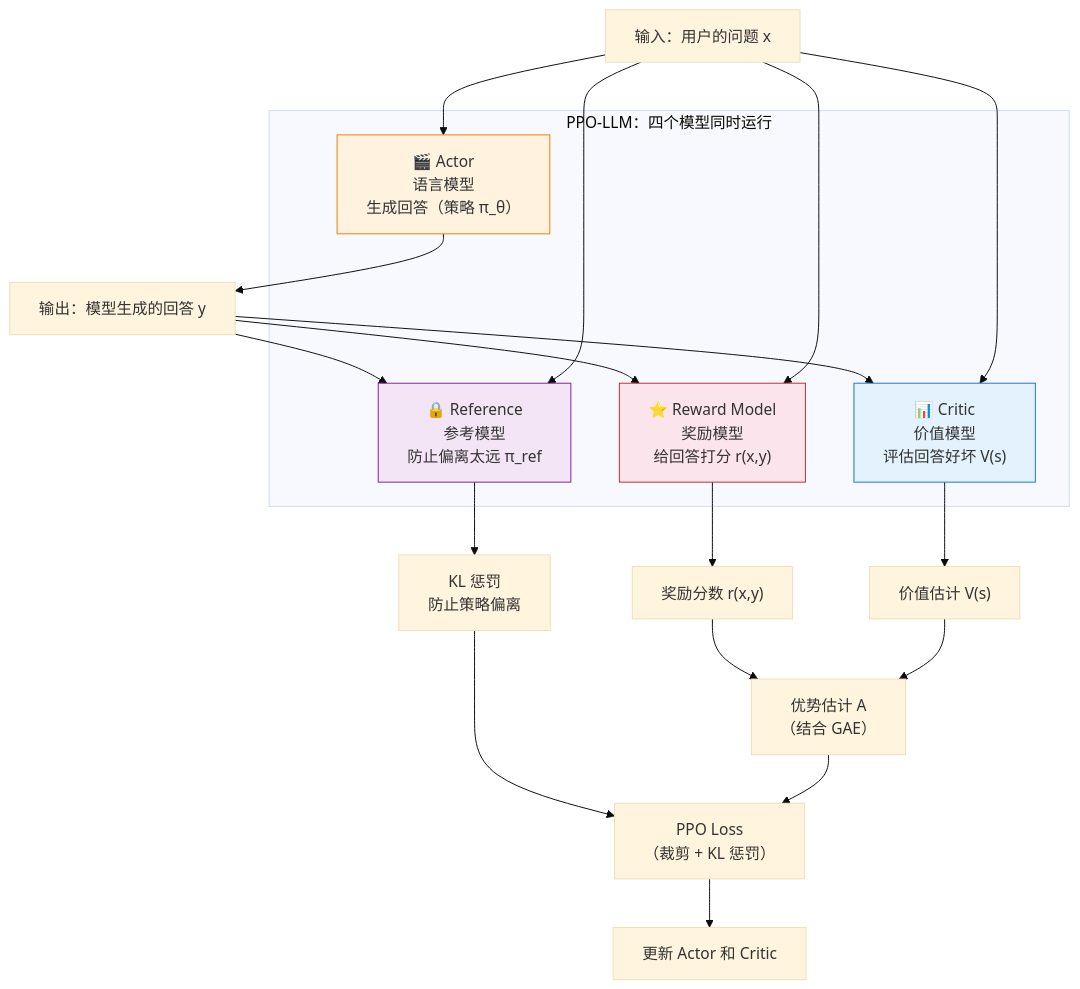
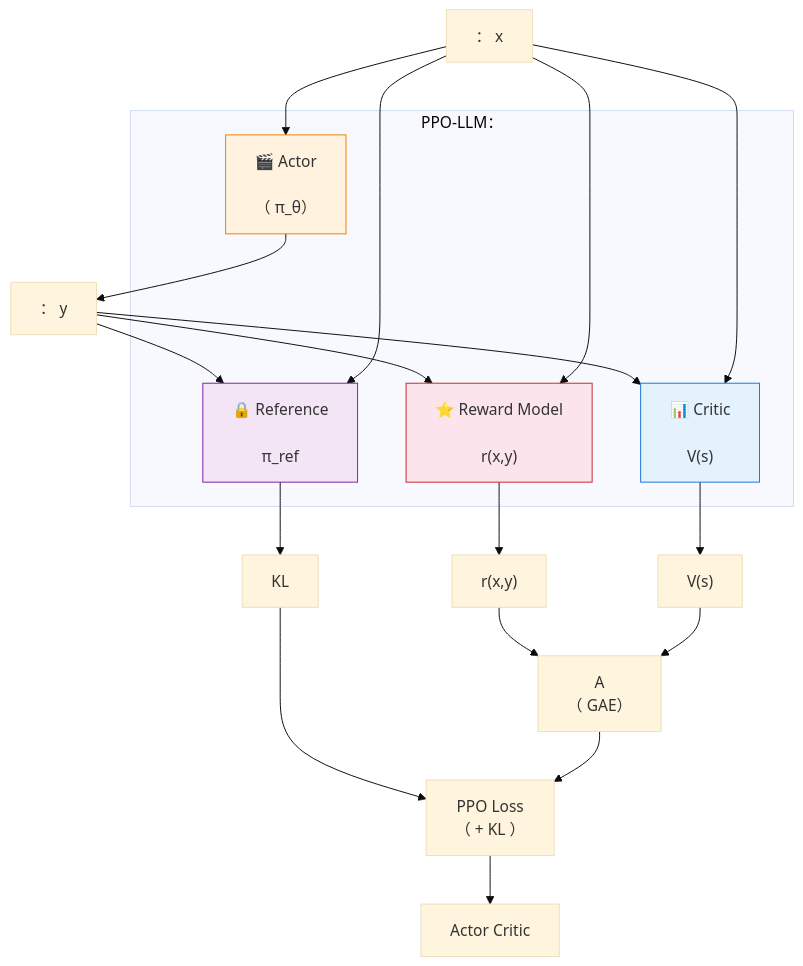
The diagram in docs/chapter07_ppo/gae-reward-model.md (letslego/hands-on-modern-rl), drawn with Mermaid (base theme) before and after one commit. The commit also changed other lines of this file and 267 other files, not shown here.

````diff
--- a/docs/chapter07_ppo/gae-reward-model.md
+++ b/docs/chapter07_ppo/gae-reward-model.md
@@ -353,34 +353,34 @@
 ```mermaid
 flowchart TD
-    subgraph models ["PPO-LLM：四个模型同时运行"]
-        Actor["🎬 Actor\n语言模型\n生成回答（策略 π_θ）"]
-        Critic["📊 Critic\n价值模型\n评估回答好坏 V(s)"]
-        Ref["🔒 Reference\n参考模型\n防止偏离太远 π_ref"]
-        RM["⭐ Reward Model\n奖励模型\n给回答打分 r(x,y)"]
+    subgraph models ["PPO-LLM："]
+        Actor["🎬 Actor\n\n（ π_θ）"]
+        Critic["📊 Critic\n\n V(s)"]
+        Ref["🔒 Reference\n\n π_ref"]
+        RM["⭐ Reward Model\n\n r(x,y)"]
     end
 
-    Prompt["输入：用户的问题 x"] --> Actor
-    Actor --> Response["输出：模型生成的回答 y"]
+    Prompt["： x"] --> Actor
+    Actor --> Response["： y"]
     Response --> RM
     Response --> Critic
     Response --> Ref
     Prompt --> RM
     Prompt --> Critic
     Prompt --> Ref
 
-    RM --> Reward["奖励分数 r(x,y)"]
-    Critic --> Value["价值估计 V(s)"]
-    Ref --> KL["KL 惩罚\n防止策略偏离"]
+    RM --> Reward[" r(x,y)"]
+    Critic --> Value[" V(s)"]
+    Ref --> KL["KL \n"]
 
-    Reward --> Advantage["优势估计 A\n（结合 GAE）"]
+    Reward --> Advantage[" A\n（ GAE）"]
     Value --> Advantage
-    KL --> PPO_Loss["PPO Loss\n（裁剪 + KL 惩罚）"]
+    KL --> PPO_Loss["PPO Loss\n（ + KL ）"]
     Advantage --> PPO_Loss
 
-    PPO_Loss --> Update["更新 Actor 和 Critic"]
+    PPO_Loss --> Update[" Actor  Critic"]
 
     style Actor fill:#fff3e0,stroke:#f57c00
     style Critic fill:#e3f2fd,stroke:#1976d2
     style Ref fill:#f3e5f5,stroke:#7b1fa2
     style RM fill:#fce4ec,stroke:#c62828
 ```
````
